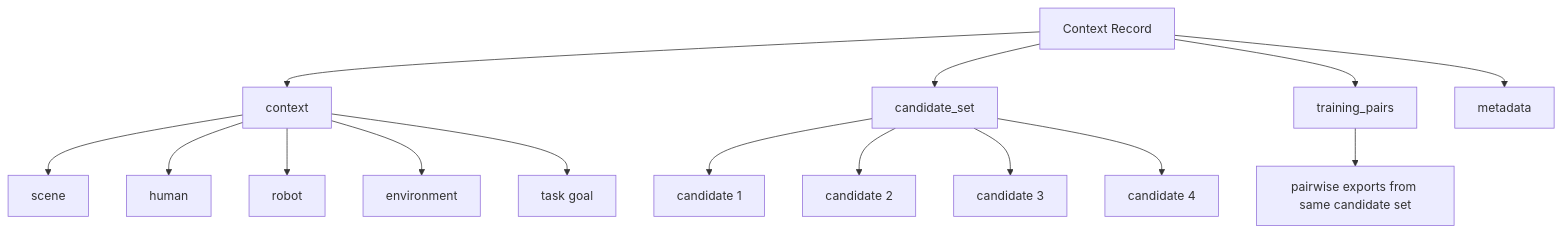
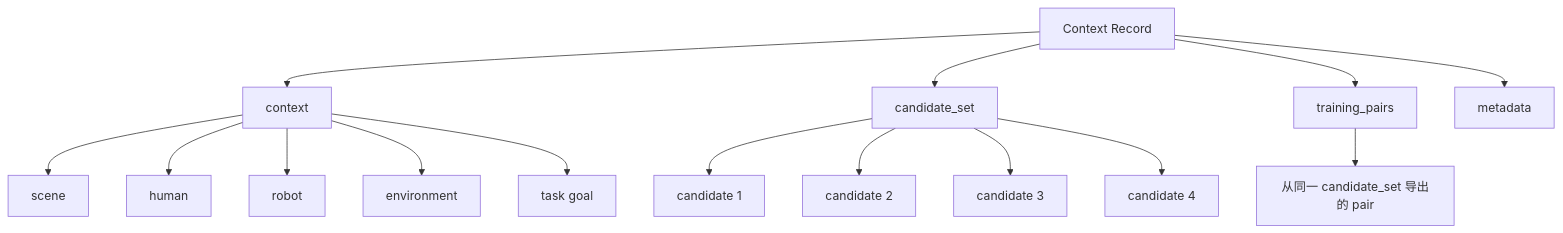
One commit to fanz23-cell/Structured-Reward-Modeling-for-Object-Handover-in-Complex-Human-Robot-Interaction-Scenarios changed the second of 2 diagrams in README.md. Above: the diagram before and after it, drawn with Mermaid. The commit also changed other lines of this file, not shown here.

````diff
--- a/README.md
+++ b/README.md
@@ -270,20 +358,20 @@
 ```mermaid
 flowchart TD
     A[Context Record] --> B[context]
     A --> C[candidate_set]
     A --> D[training_pairs]
     A --> E[metadata]
 
     B --> B1[scene]
     B --> B2[human]
     B --> B3[robot]
     B --> B4[environment]
     B --> B5[task goal]
 
     C --> C1[candidate 1]
     C --> C2[candidate 2]
     C --> C3[candidate 3]
     C --> C4[candidate 4]
 
-    D --> D1[pairwise exports from same candidate set]
+    D --> D1[从同一 candidate_set 导出的 pair]
 ```
````
